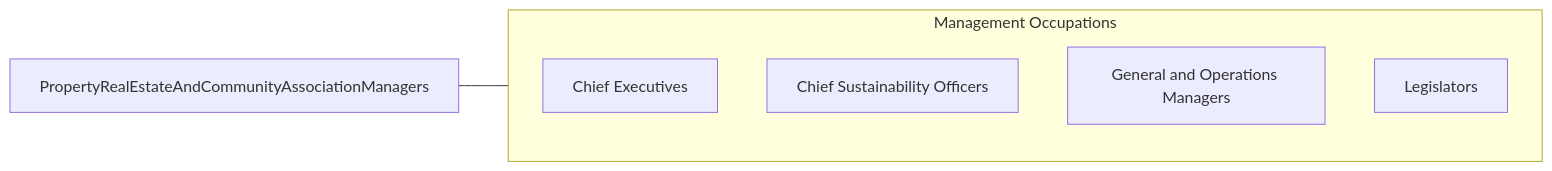
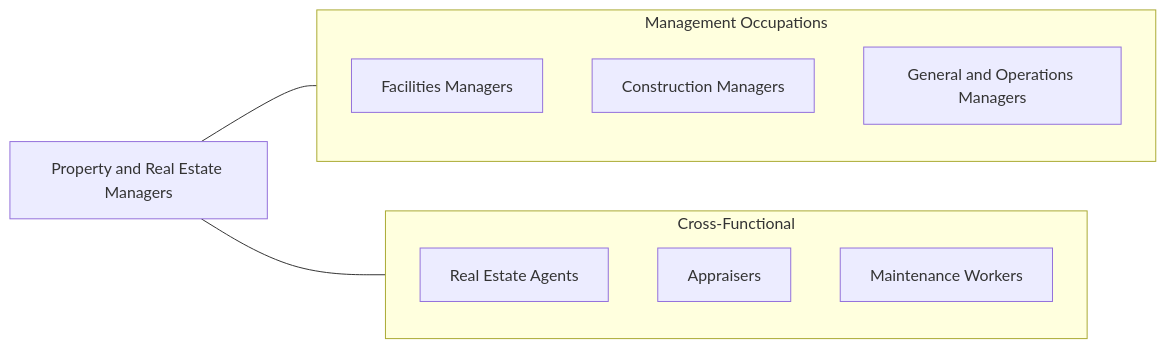
Before and after one commit to kziemski/business.org.ai: the fourth of 4 diagrams in occupations/Management/PropertyRealEstateAndCommunityAssociationManagers.mdx, drawn with Mermaid. The commit also changed other lines of this file and 938 other files, not shown here.

````diff
--- a/occupations/Management/PropertyRealEstateAndCommunityAssociationManagers.mdx
+++ b/occupations/Management/PropertyRealEstateAndCommunityAssociationManagers.mdx
@@ -125,13 +169,19 @@
 ```mermaid
 graph LR
-    Current["PropertyRealEstateAndCommunityAssociationManagers"]
+    PRM["Property and Real Estate Managers"]
 
     subgraph SameCategory["Management Occupations"]
-        ChiefExecutives["Chief Executives"]
-        ChiefSustainabilityO["Chief Sustainability Officers"]
-        GeneralAndOperations["General and Operations Managers"]
-        Legislators["Legislators"]
+        FM["Facilities Managers"]
+        CM["Construction Managers"]
+        GOps["General and Operations Managers"]
     end
 
-    Current --- SameCategory
+    subgraph CrossFunctional["Cross-Functional"]
+        RE["Real Estate Agents"]
+        App["Appraisers"]
+        MT["Maintenance Workers"]
+    end
+
+    PRM --- SameCategory
+    PRM --- CrossFunctional
 ```
````
